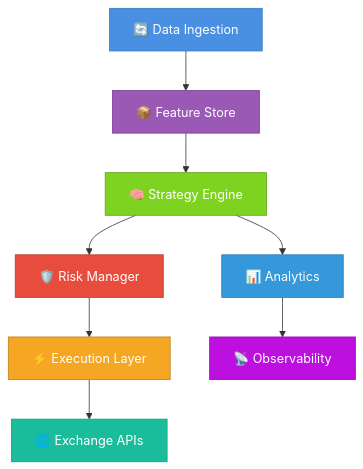
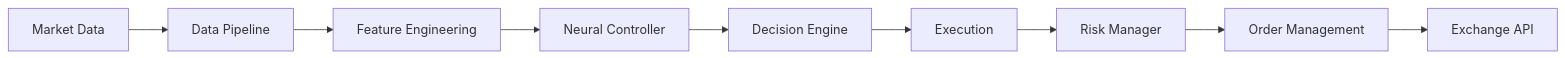
The diagram in README.md (neuron7x/Kuramoto-synchronization-model), drawn with Mermaid before and after one commit. The commit also changed other lines of this file, not shown here.

````diff
--- a/README.md
+++ b/README.md
@@ -1162,19 +190,11 @@
 ```mermaid
-graph TB
-  A[🔄 Data Ingestion] --> B[📦 Feature Store]
-  B --> C[🧠 Strategy Engine]
-  C --> D[🛡️ Risk Manager]
-  D --> E[⚡ Execution Layer]
-  E --> F[🌐 Exchange APIs]
-  C --> G[📊 Analytics]
-  G --> H[📡 Observability]
-
-  style A fill:#4a90e2,stroke:#357abd,color:#fff
-  style B fill:#9b59b6,stroke:#7d3c98,color:#fff
-  style C fill:#7ed321,stroke:#5fa319,color:#fff
-  style D fill:#e74c3c,stroke:#c0392b,color:#fff
-  style E fill:#f5a623,stroke:#c47d1a,color:#fff
-  style F fill:#1abc9c,stroke:#16a085,color:#fff
-  style G fill:#3498db,stroke:#2980b9,color:#fff
-  style H fill:#bd10e0,stroke:#8e0ca8,color:#fff
+graph LR
+    A[Market Data] --> B[Data Pipeline]
+    B --> C[Feature Engineering]
+    C --> D[Neural Controller]
+    D --> E[Decision Engine]
+    E --> F[Execution]
+    F --> G[Risk Manager]
+    G --> H[Order Management]
+    H --> I[Exchange API]
 ```
````
